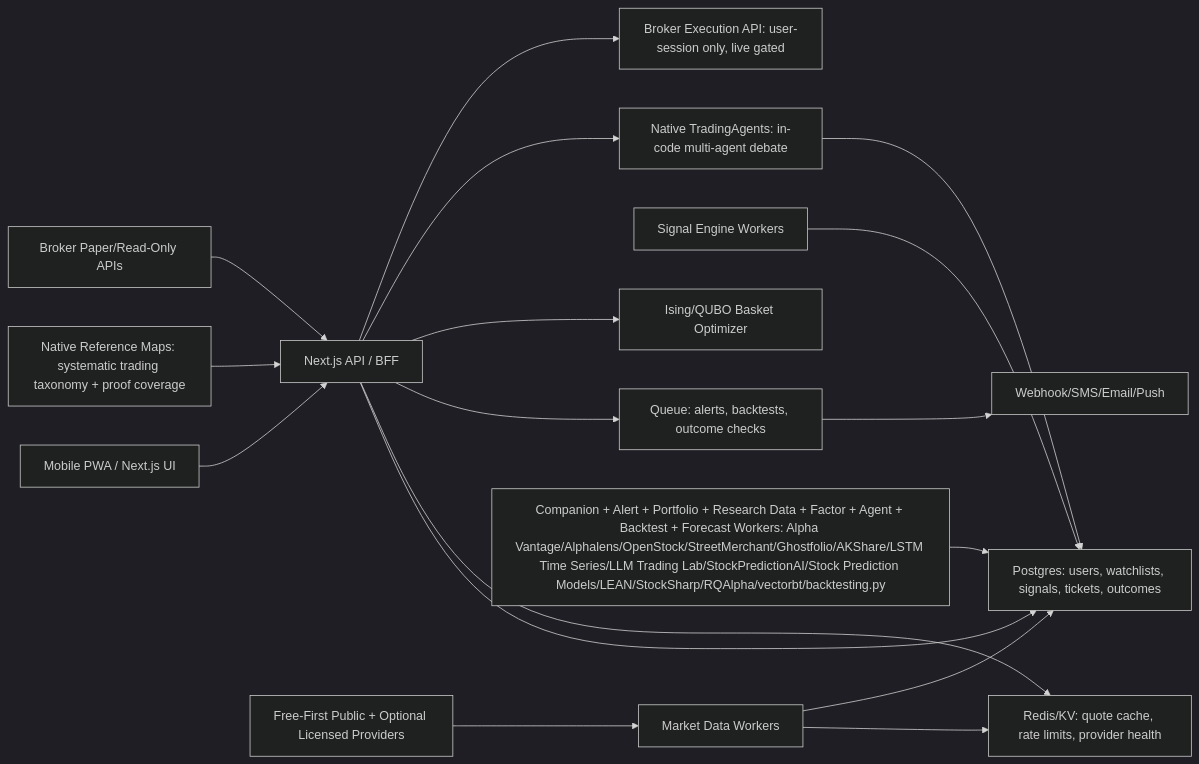
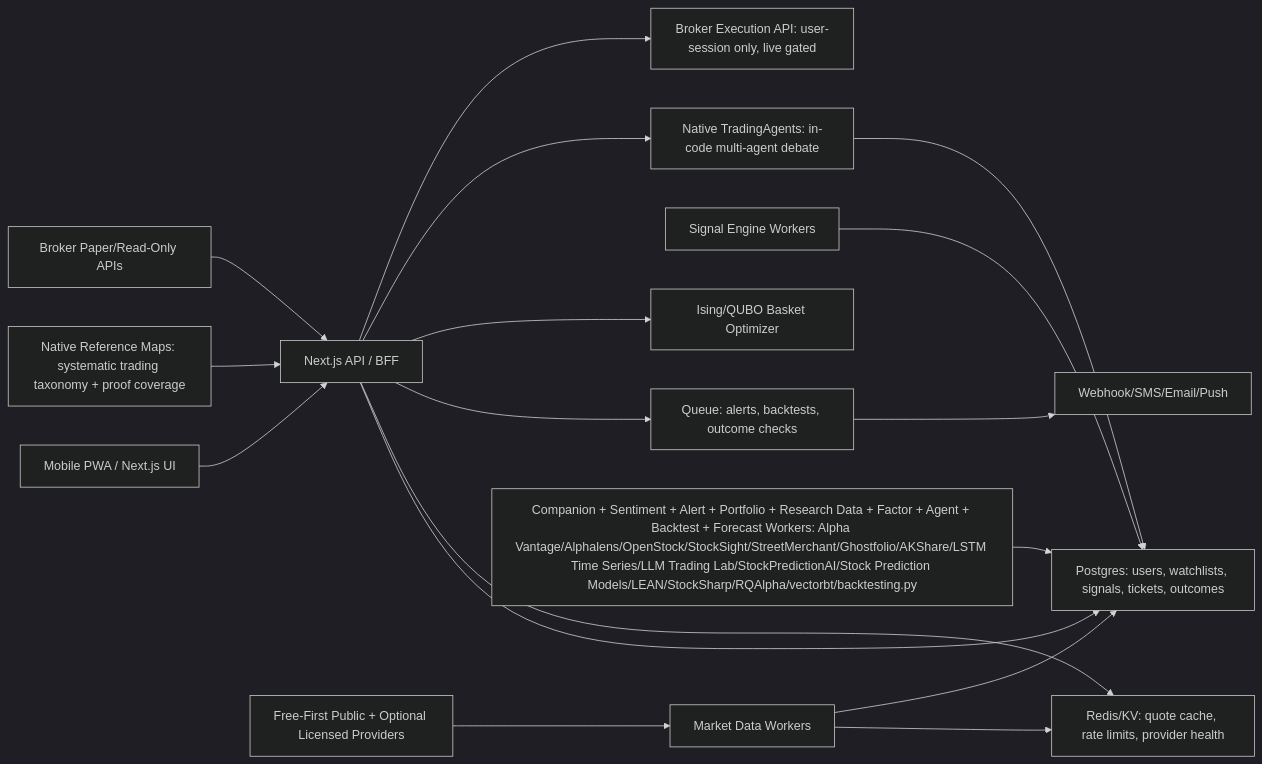
Before and after one commit to pinohu/trading-intel: the diagram in docs/ARCHITECTURE.md, drawn with Mermaid (dark theme). The commit also changed other lines of this file and 14 other files, not shown here.

Commit message:
Add StockSight sentiment worker lane

````diff
--- a/docs/ARCHITECTURE.md
+++ b/docs/ARCHITECTURE.md
@@ -36,19 +36,19 @@
 ```mermaid
 flowchart LR
   UI["Mobile PWA / Next.js UI"] --> BFF["Next.js API / BFF"]
   BFF --> DB["Postgres: users, watchlists, signals, tickets, outcomes"]
   BFF --> Cache["Redis/KV: quote cache, rate limits, provider health"]
   BFF --> Queue["Queue: alerts, backtests, outcome checks"]
   DataWorker["Market Data Workers"] --> Cache
   DataWorker --> DB
   Providers["Free-First Public + Optional Licensed Providers"] --> DataWorker
   SignalWorker["Signal Engine Workers"] --> DB
   BFF --> Ising["Ising/QUBO Basket Optimizer"]
   BFF --> TradingAgents["Native TradingAgents: in-code multi-agent debate"]
   TradingAgents --> DB
   ReferenceMaps["Native Reference Maps: systematic trading taxonomy + proof coverage"] --> BFF
-  BacktestWorker["Companion + Alert + Portfolio + Research Data + Factor + Agent + Backtest + Forecast Workers: Alpha Vantage/Alphalens/OpenStock/StreetMerchant/Ghostfolio/AKShare/LSTM Time Series/LLM Trading Lab/StockPredictionAI/Stock Prediction Models/LEAN/StockSharp/RQAlpha/vectorbt/backtesting.py"] --> DB
+  BacktestWorker["Companion + Sentiment + Alert + Portfolio + Research Data + Factor + Agent + Backtest + Forecast Workers: Alpha Vantage/Alphalens/OpenStock/StockSight/StreetMerchant/Ghostfolio/AKShare/LSTM Time Series/LLM Trading Lab/StockPredictionAI/Stock Prediction Models/LEAN/StockSharp/RQAlpha/vectorbt/backtesting.py"] --> DB
   Broker["Broker Paper/Read-Only APIs"] --> BFF
   BFF --> BrokerExec["Broker Execution API: user-session only, live gated"]
   Queue --> Alerts["Webhook/SMS/Email/Push"]
 ```
````
